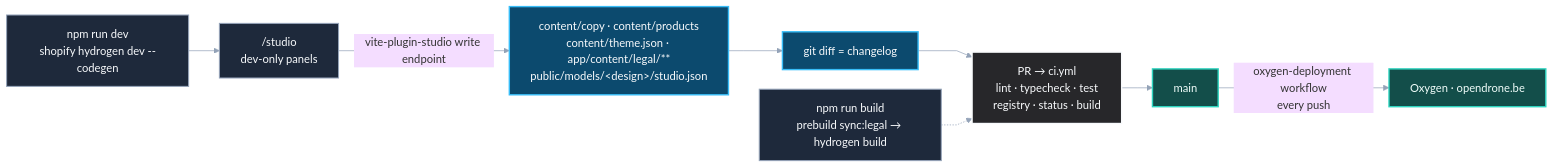
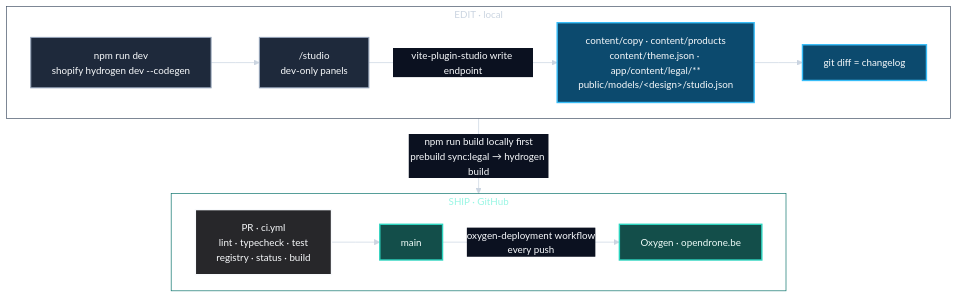
One commit to OpenDrone-hw/OpenDrone-Web changed the fifth of 5 diagrams in OVERVIEW.md. Above: the diagram before and after it, drawn with Mermaid. The commit also changed other lines of this file, not shown here.

````diff
--- a/OVERVIEW.md
+++ b/OVERVIEW.md
@@ -195,23 +178,35 @@
 ```mermaid
-%%{init: {"theme": "base", "themeVariables": {"background": "#0b1120", "lineColor": "#94a3b8", "fontFamily": "Inter, ui-sans-serif, system-ui"}, "flowchart": {"curve": "linear", "nodeSpacing": 28, "rankSpacing": 44}}}%%
-flowchart LR
-    DEV["npm run dev<br/>shopify hydrogen dev --codegen"] --> STU["/studio<br/>dev-only panels"]
-    STU -->|"vite-plugin-studio write endpoint"| FILES["content/copy · content/products<br/>content/theme.json · app/content/legal/**<br/>public/models/&lt;design&gt;/studio.json"]
-    FILES --> DIFF["git diff = changelog"]
-    DIFF --> PR["PR → ci.yml<br/>lint · typecheck · test<br/>registry · status · build"]
-    PR --> MAIN["main"]
-    MAIN -->|"oxygen-deployment workflow<br/>every push"| OXY["Oxygen · opendrone.be"]
+%%{init: {"theme": "base", "themeVariables": {"background": "#0b1120", "lineColor": "#cbd5e1", "primaryTextColor": "#f8fafc", "edgeLabelBackground": "#0b1120", "fontSize": "14px"}, "flowchart": {"curve": "linear", "nodeSpacing": 26, "rankSpacing": 44}}}%%
+flowchart TB
+    subgraph EDIT["EDIT · local"]
+        direction LR
+        DEV["npm run dev<br/>shopify hydrogen dev --codegen"]
+        STU["/studio<br/>dev-only panels"]
+        FILES["content/copy · content/products<br/>content/theme.json · app/content/legal/**<br/>public/models/&lt;design&gt;/studio.json"]
+        DIFF["git diff = changelog"]
+        DEV --> STU -->|"vite-plugin-studio write endpoint"| FILES --> DIFF
+    end
 
-    BUILD["npm run build<br/>prebuild sync:legal → hydrogen build"]
-    BUILD -.-> PR
+    subgraph SHIP["SHIP · GitHub"]
+        direction LR
+        PR["PR · ci.yml<br/>lint · typecheck · test<br/>registry · status · build"]
+        MAIN["main"]
+        OXY["Oxygen · opendrone.be"]
+        PR --> MAIN -->|"oxygen-deployment workflow<br/>every push"| OXY
+    end
+
+    EDIT -->|"npm run build locally first<br/>prebuild sync:legal → hydrogen build"| SHIP
 
     classDef step fill:#1e293b,stroke:#94a3b8,color:#f8fafc,stroke-width:1.5px;
     classDef data fill:#0c4a6e,stroke:#38bdf8,color:#f8fafc,stroke-width:2px;
     classDef gate fill:#27272a,stroke:#f8fafc,color:#f8fafc,stroke-width:2px;
     classDef release fill:#134e4a,stroke:#2dd4bf,color:#f0fdfa,stroke-width:2px;
 
-    class DEV,STU,BUILD step;
+    class DEV,STU step;
     class FILES,DIFF data;
     class PR gate;
     class MAIN,OXY release;
+
+    style EDIT fill:transparent,stroke:#475569,color:#cbd5e1;
+    style SHIP fill:transparent,stroke:#0f766e,color:#99f6e4;
 ```
````
